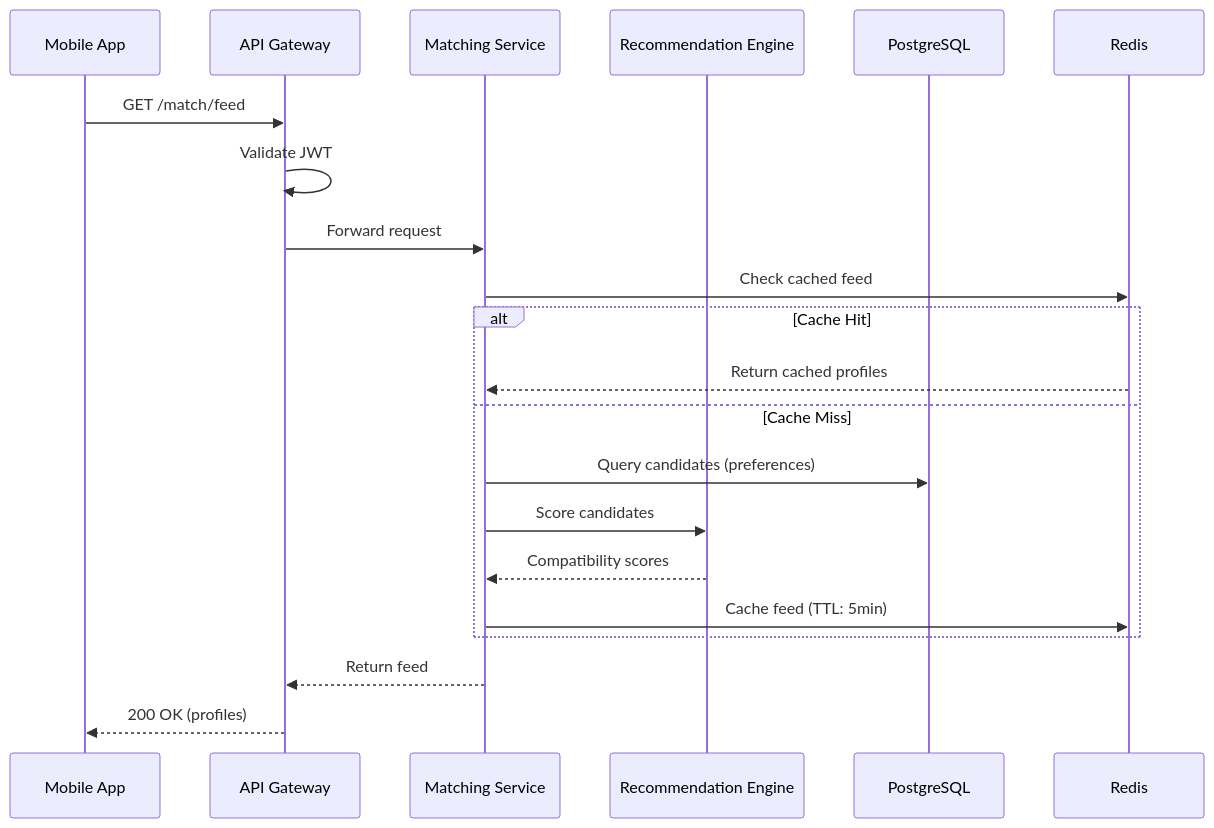
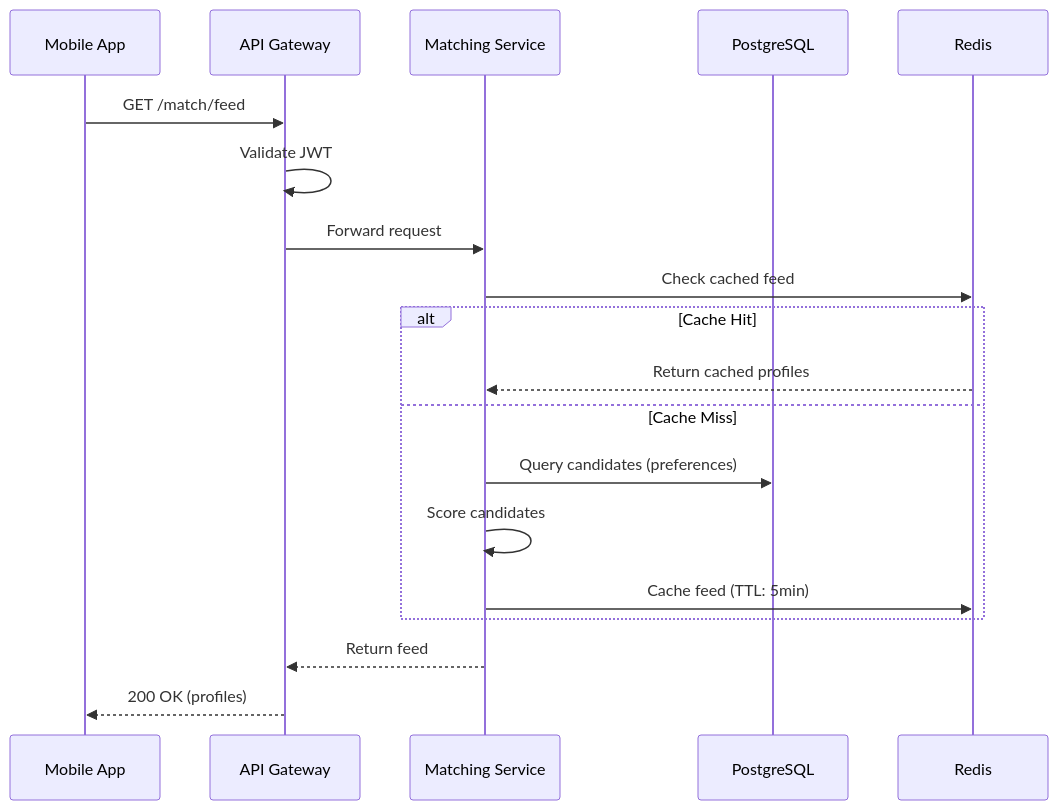
The second of 7 diagrams in docs/04-System-Architecture.md (ojowa/connecta), drawn with Mermaid before and after one commit. The commit also changed other lines of this file and 22 other files, not shown here.

Commit message:
docs: update all 23 docs to reflect actual codebase (OJChat, public schema, 13 services, no NATS/Python)

````diff
--- a/docs/04-System-Architecture.md
+++ b/docs/04-System-Architecture.md
@@ -412,24 +365,22 @@
 ```mermaid
 sequenceDiagram
     participant M as Mobile App
     participant GW as API Gateway
     participant MS as Matching Service
-    participant AI as Recommendation Engine
     participant DB as PostgreSQL
     participant Cache as Redis
 
     M->>GW: GET /match/feed
     GW->>GW: Validate JWT
     GW->>MS: Forward request
     MS->>Cache: Check cached feed
     alt Cache Hit
         Cache-->>MS: Return cached profiles
     else Cache Miss
         MS->>DB: Query candidates (preferences)
-        MS->>AI: Score candidates
-        AI-->>MS: Compatibility scores
+        MS->>MS: Score candidates
         MS->>Cache: Cache feed (TTL: 5min)
     end
     MS-->>GW: Return feed
     GW-->>M: 200 OK (profiles)
 ```
````
